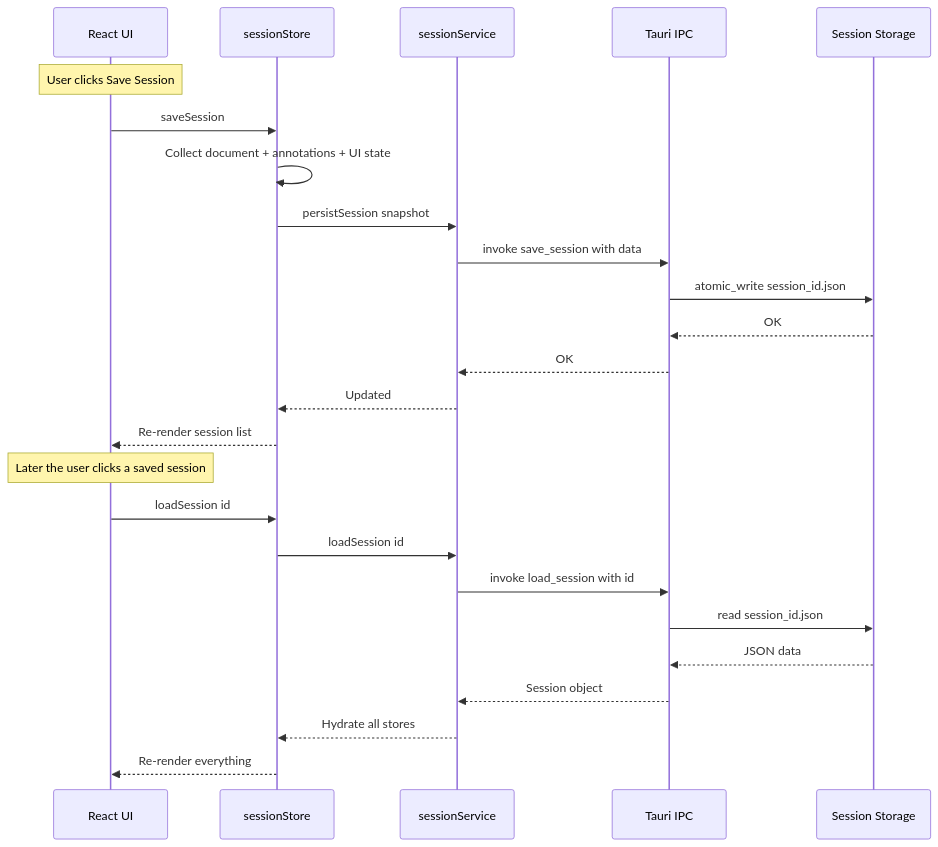
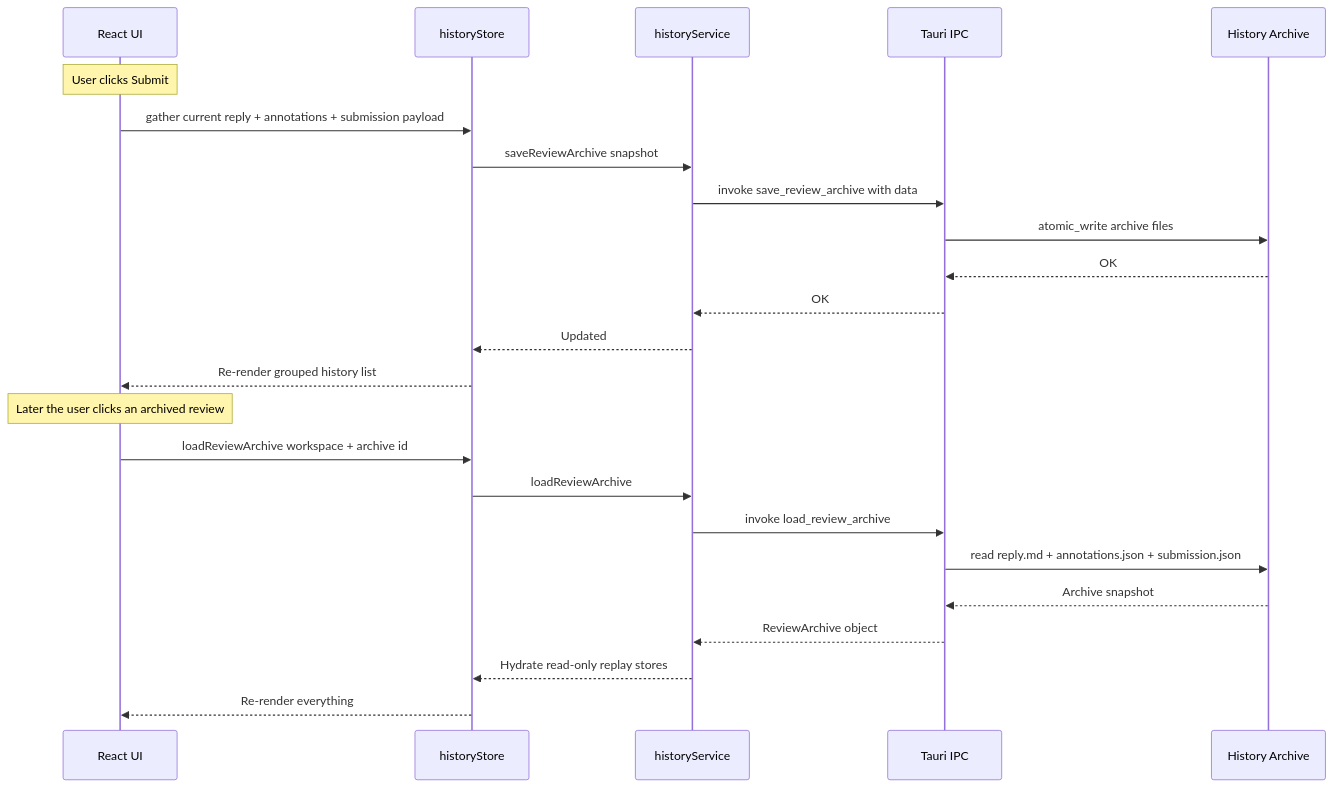
Before and after one commit to BobDLA/cliv: diagram 15 of 22 in docs/demo/demo.md, drawn with Mermaid. The commit also changed other lines of this file and 30 other files, not shown here.

Commit message:
feat: archive project review history

````diff
--- a/docs/demo/demo.md
+++ b/docs/demo/demo.md
@@ -822,29 +817,28 @@
 ```mermaid
 sequenceDiagram
     participant UI as React UI
-    participant Store as sessionStore
-    participant SVC as sessionService
+    participant Store as historyStore
+    participant SVC as historyService
     participant IPC as Tauri IPC
-    participant FS as Session Storage
+    participant FS as History Archive
 
-    Note over UI: User clicks Save Session
-    UI->>Store: saveSession
-    Store->>Store: Collect document + annotations + UI state
-    Store->>SVC: persistSession snapshot
-    SVC->>IPC: invoke save_session with data
-    IPC->>FS: atomic_write session_id.json
+    Note over UI: User clicks Submit
+    UI->>Store: gather current reply + annotations + submission payload
+    Store->>SVC: saveReviewArchive snapshot
+    SVC->>IPC: invoke save_review_archive with data
+    IPC->>FS: atomic_write archive files
     FS-->>IPC: OK
     IPC-->>SVC: OK
     SVC-->>Store: Updated
-    Store-->>UI: Re-render session list
+    Store-->>UI: Re-render grouped history list
 
-    Note over UI: Later the user clicks a saved session
-    UI->>Store: loadSession id
-    Store->>SVC: loadSession id
-    SVC->>IPC: invoke load_session with id
-    IPC->>FS: read session_id.json
-    FS-->>IPC: JSON data
-    IPC-->>SVC: Session object
-    SVC-->>Store: Hydrate all stores
+    Note over UI: Later the user clicks an archived review
+    UI->>Store: loadReviewArchive workspace + archive id
+    Store->>SVC: loadReviewArchive
+    SVC->>IPC: invoke load_review_archive
+    IPC->>FS: read reply.md + annotations.json + submission.json
+    FS-->>IPC: Archive snapshot
+    IPC-->>SVC: ReviewArchive object
+    SVC-->>Store: Hydrate read-only replay stores
     Store-->>UI: Re-render everything
 ```
````
